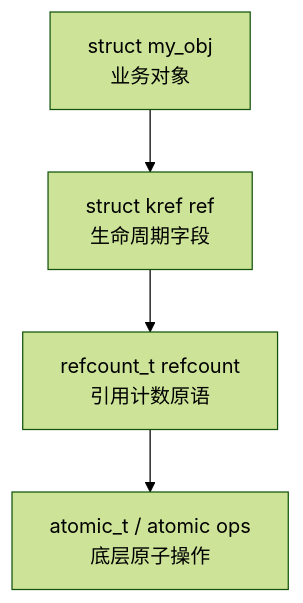
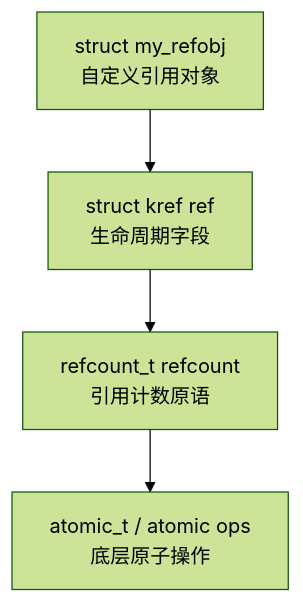
Before and after one commit to FormingSystem/linux_note: the first of 4 diagrams in appendix/kernel_data_structure/kref-引用计数/第 2 章：源码入口与结构定义.md, drawn with Mermaid (forest theme). The commit also changed other lines of this file and 9 other files, not shown here.

````diff
--- a/appendix/kernel_data_structure/kref-引用计数/第 2 章：源码入口与结构定义.md
+++ b/appendix/kernel_data_structure/kref-引用计数/第 2 章：源码入口与结构定义.md
@@ -254,11 +214,11 @@
 ```mermaid
 graph TD
-	my_obj["struct my_obj<br/>业务对象"]
+	my_refobj["struct my_refobj<br/>自定义引用对象"]
 	kref["struct kref ref<br/>生命周期字段"]
 	refcount["refcount_t refcount<br/>引用计数原语"]
 	atomic["atomic_t / atomic ops<br/>底层原子操作"]
 
-	my_obj --> kref
+	my_refobj --> kref
 	kref --> refcount
 	refcount --> atomic
 ```
````
